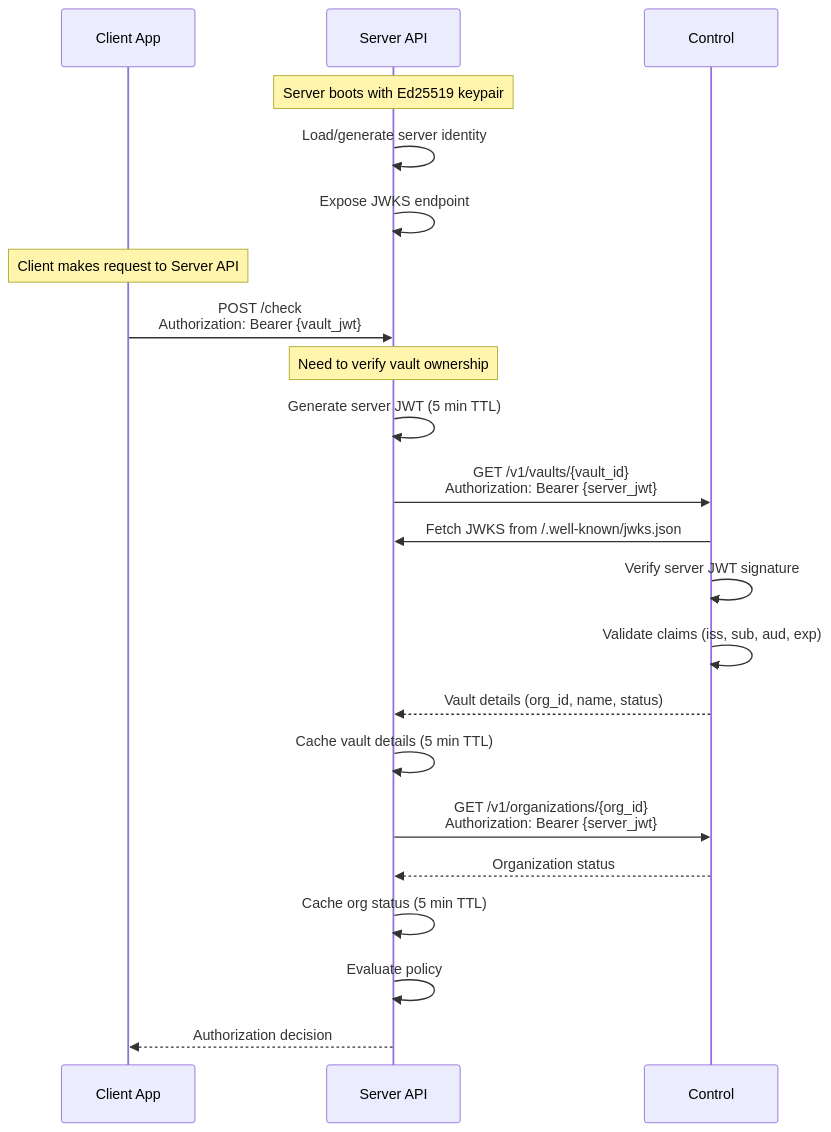
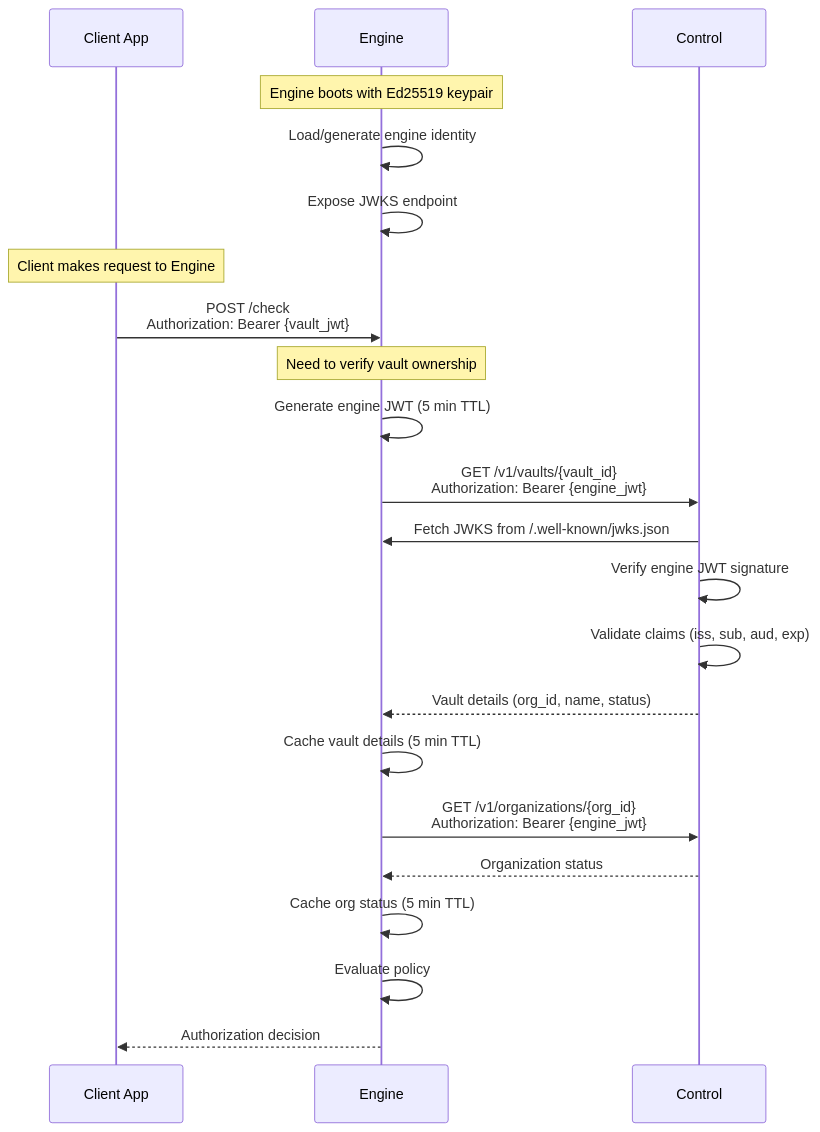
The eighth of 8 diagrams in docs/authentication.md (inferadb/management), drawn with Mermaid before and after one commit. The commit also changed other lines of this file and 28 other files, not shown here.

````diff
--- a/docs/authentication.md
+++ b/docs/authentication.md
@@ -1117,33 +1123,33 @@
 ```mermaid
 sequenceDiagram
     participant Client as Client App
-    participant ServerAPI as Server API
+    participant ServerAPI as Engine
     participant MgmtAPI as Control
 
-    Note over ServerAPI: Server boots with Ed25519 keypair
+    Note over ServerAPI: Engine boots with Ed25519 keypair
 
-    ServerAPI->>ServerAPI: Load/generate server identity
+    ServerAPI->>ServerAPI: Load/generate engine identity
     ServerAPI->>ServerAPI: Expose JWKS endpoint
 
-    Note over Client: Client makes request to Server API
+    Note over Client: Client makes request to Engine
 
     Client->>ServerAPI: POST /check<br/>Authorization: Bearer {vault_jwt}
 
     Note over ServerAPI: Need to verify vault ownership
 
-    ServerAPI->>ServerAPI: Generate server JWT (5 min TTL)
-    ServerAPI->>MgmtAPI: GET /v1/vaults/{vault_id}<br/>Authorization: Bearer {server_jwt}
+    ServerAPI->>ServerAPI: Generate engine JWT (5 min TTL)
+    ServerAPI->>MgmtAPI: GET /v1/vaults/{vault_id}<br/>Authorization: Bearer {engine_jwt}
 
     MgmtAPI->>ServerAPI: Fetch JWKS from /.well-known/jwks.json
-    MgmtAPI->>MgmtAPI: Verify server JWT signature
+    MgmtAPI->>MgmtAPI: Verify engine JWT signature
     MgmtAPI->>MgmtAPI: Validate claims (iss, sub, aud, exp)
     MgmtAPI-->>ServerAPI: Vault details (org_id, name, status)
 
     ServerAPI->>ServerAPI: Cache vault details (5 min TTL)
-    ServerAPI->>MgmtAPI: GET /v1/organizations/{org_id}<br/>Authorization: Bearer {server_jwt}
+    ServerAPI->>MgmtAPI: GET /v1/organizations/{org_id}<br/>Authorization: Bearer {engine_jwt}
     MgmtAPI-->>ServerAPI: Organization status
 
     ServerAPI->>ServerAPI: Cache org status (5 min TTL)
     ServerAPI->>ServerAPI: Evaluate policy
     ServerAPI-->>Client: Authorization decision
 ```
````
